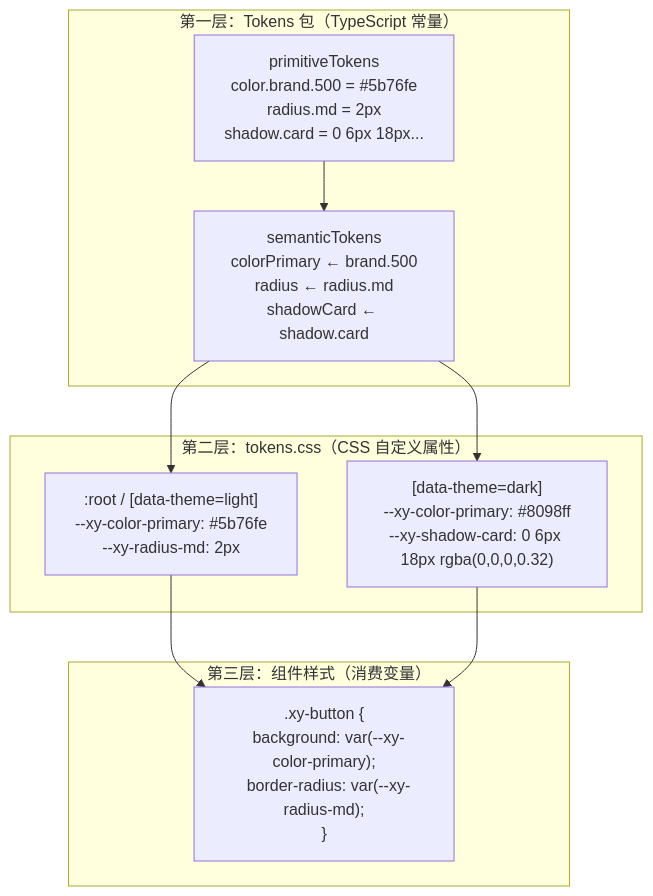
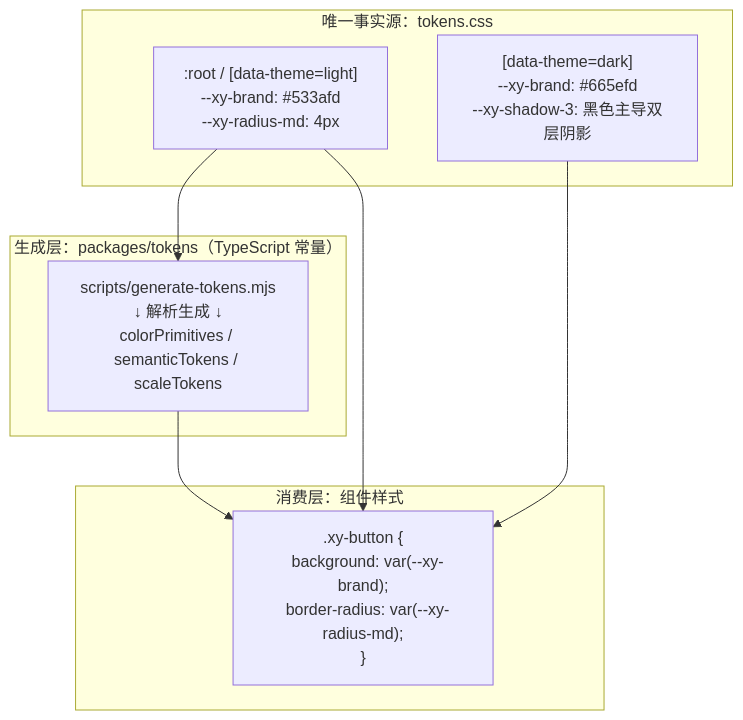
One commit to zhangzhengyang27/xiaoye-components changed the first of 3 diagrams in apps/docs/column/guide/03-theme-tokens.md. Above: the diagram before and after it, drawn with Mermaid. The commit also changed other lines of this file and 397 other files, not shown here.

````diff
--- a/apps/docs/column/guide/03-theme-tokens.md
+++ b/apps/docs/column/guide/03-theme-tokens.md
@@ -12,22 +14,20 @@
 ```mermaid
 graph TB
-    subgraph "第一层：Tokens 包（TypeScript 常量）"
-        PT["primitiveTokens<br/>color.brand.500 = #5b76fe<br/>radius.md = 2px<br/>shadow.card = 0 6px 18px..."]
-        ST["semanticTokens<br/>colorPrimary ← brand.500<br/>radius ← radius.md<br/>shadowCard ← shadow.card"]
+    subgraph "唯一事实源：tokens.css"
+        Light[":root / [data-theme=light]<br/>--xy-brand: #533afd<br/>--xy-radius-md: 4px"]
+        Dark["[data-theme=dark]<br/>--xy-brand: #665efd<br/>--xy-shadow-3: 黑色主导双层阴影"]
     end
 
-    subgraph "第二层：tokens.css（CSS 自定义属性）"
-        Light[":root / [data-theme=light]<br/>--xy-color-primary: #5b76fe<br/>--xy-radius-md: 2px"]
-        Dark["[data-theme=dark]<br/>--xy-color-primary: #8098ff<br/>--xy-shadow-card: 0 6px 18px rgba(0,0,0,0.32)"]
+    subgraph "生成层：packages/tokens（TypeScript 常量）"
+        GEN["scripts/generate-tokens.mjs<br/>↓ 解析生成 ↓<br/>colorPrimitives / semanticTokens / scaleTokens"]
     end
 
-    subgraph "第三层：组件样式（消费变量）"
-        Comp[".xy-button {<br/>  background: var(--xy-color-primary);<br/>  border-radius: var(--xy-radius-md);<br/>}"]
+    subgraph "消费层：组件样式"
+        Comp[".xy-button {<br/>  background: var(--xy-brand);<br/>  border-radius: var(--xy-radius-md);<br/>}"]
     end
 
-    PT --> ST
-    ST --> Light
-    ST --> Dark
+    Light --> GEN
+    GEN --> Comp
     Light --> Comp
     Dark --> Comp
 ```
````
